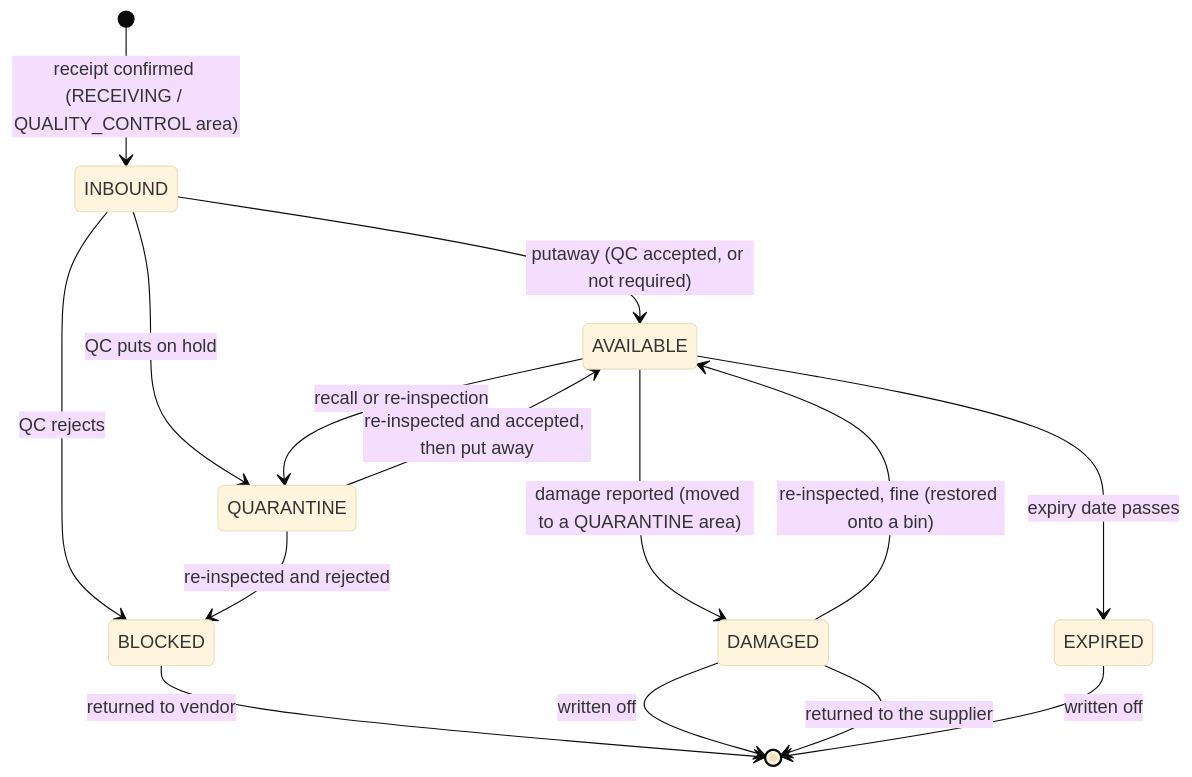
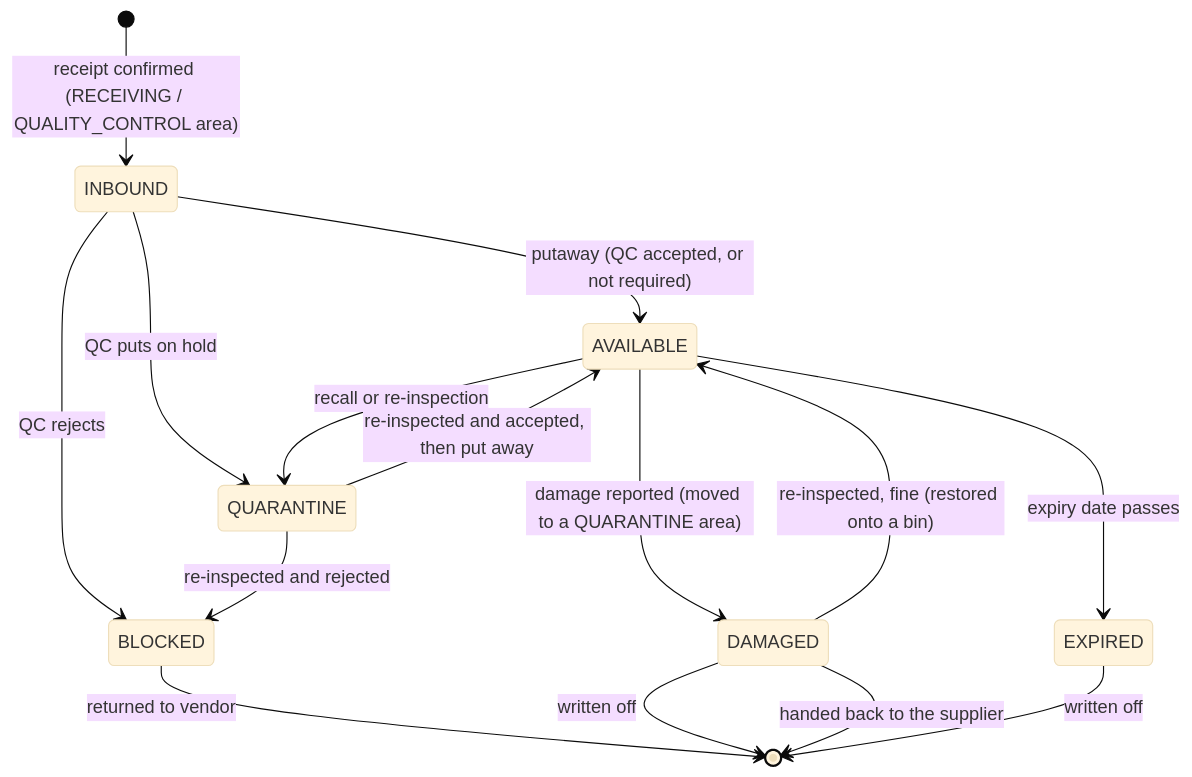
One commit to KLTN-FA26/be-backoffice-stockflow-commerce changed the fifth of 19 diagrams in docs/business-design/03-state-machines.md. Above: the diagram before and after it, drawn with Mermaid (base theme). The commit also changed other lines of this file and 14 other files, not shown here.

````diff
--- a/docs/business-design/03-state-machines.md
+++ b/docs/business-design/03-state-machines.md
@@ -188,17 +188,17 @@
 ```mermaid
 stateDiagram-v2
     [*] --> INBOUND: receipt confirmed (RECEIVING / QUALITY_CONTROL area)
     INBOUND --> AVAILABLE: putaway (QC accepted, or not required)
     INBOUND --> QUARANTINE: QC puts on hold
     INBOUND --> BLOCKED: QC rejects
     QUARANTINE --> AVAILABLE: re-inspected and accepted, then put away
     QUARANTINE --> BLOCKED: re-inspected and rejected
     BLOCKED --> [*]: returned to vendor
     AVAILABLE --> DAMAGED: damage reported (moved to a QUARANTINE area)
     AVAILABLE --> EXPIRED: expiry date passes
     AVAILABLE --> QUARANTINE: recall or re-inspection
     DAMAGED --> AVAILABLE: re-inspected, fine (restored onto a bin)
     DAMAGED --> [*]: written off
-    DAMAGED --> [*]: returned to the supplier
+    DAMAGED --> [*]: handed back to the supplier
     EXPIRED --> [*]: written off
 ```
````
